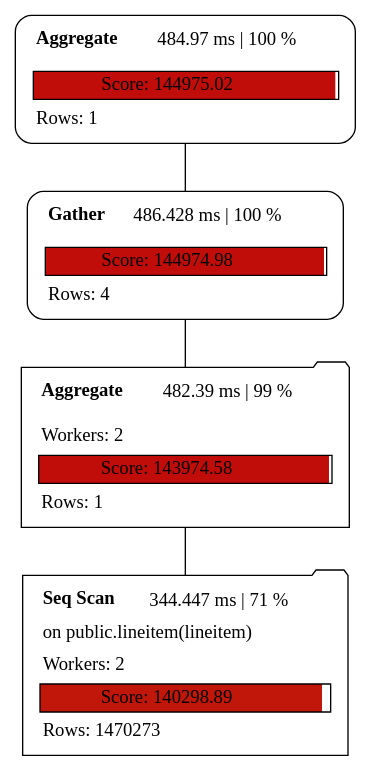
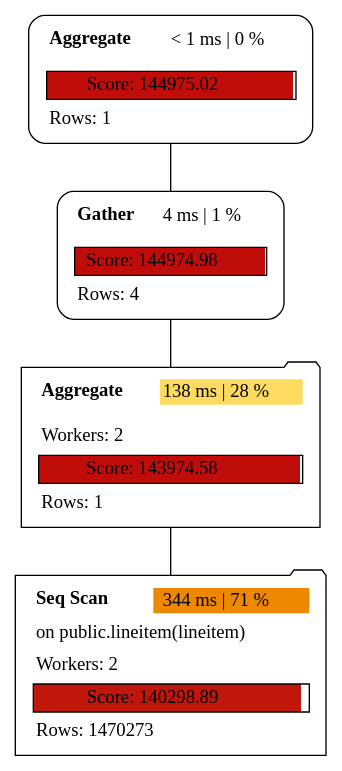
The diagram in examples/plan_parallel.dot (sanpii/explain), drawn with Graphviz before and after one commit. The commit also changed 16 other files, not shown here.

```diff
--- a/examples/plan_parallel.dot
+++ b/examples/plan_parallel.dot
@@ -1,9 +1,9 @@
 graph explain {
-    node0[label=<<table border="0" cellborder="0" cellspacing="5"><tr><td align="left"><b>Aggregate</b></td><td>484.97 ms | 100 %</td></tr><tr><td colspan="2" align="left"></td></tr><tr><td colspan="2" border="1" bgcolor="#c10d0a;0.99:white">Score: 144975.02</td></tr><tr><td colspan="2" align="left">Rows: 1</td></tr></table>>][style="rounded"][shape="box"];
-    node1[label=<<table border="0" cellborder="0" cellspacing="5"><tr><td align="left"><b>Gather</b></td><td>486.428 ms | 100 %</td></tr><tr><td colspan="2" align="left"></td></tr><tr><td colspan="2" border="1" bgcolor="#c10d0a;0.99:white">Score: 144974.98</td></tr><tr><td colspan="2" align="left">Rows: 4</td></tr></table>>][style="rounded"][shape="box"];
-    node2[label=<<table border="0" cellborder="0" cellspacing="5"><tr><td align="left"><b>Aggregate</b></td><td>482.39 ms | 99 %</td></tr><tr><td colspan="2" align="left"></td></tr><tr><td colspan="2" align="left">Workers: 2</td></tr><tr><td colspan="2" border="1" bgcolor="#c10d0a;0.99:white">Score: 143974.58</td></tr><tr><td colspan="2" align="left">Rows: 1</td></tr></table>>][style="rounded"][shape="folder"];
-    node3[label=<<table border="0" cellborder="0" cellspacing="5"><tr><td align="left"><b>Seq Scan</b></td><td>344.447 ms | 71 %</td></tr><tr><td colspan="2" align="left">on public.lineitem(lineitem)</td></tr><tr><td colspan="2" align="left">Workers: 2</td></tr><tr><td colspan="2" border="1" bgcolor="#c1160a;0.97:white">Score: 140298.89</td></tr><tr><td colspan="2" align="left">Rows: 1470273</td></tr></table>>][style="rounded"][shape="folder"];
+    node0[label=<<table border="0" cellborder="0" cellspacing="5"><tr><td align="left"><b>Aggregate</b></td><td>&lt; 1 ms | 0 %</td></tr><tr><td colspan="2" align="left"></td></tr><tr><td colspan="2" border="1" bgcolor="#c10d0a;0.99:white">Score: 144975.02</td></tr><tr><td colspan="2" align="left">Rows: 1</td></tr></table>>][style="rounded"][shape="box"];
+    node1[label=<<table border="0" cellborder="0" cellspacing="5"><tr><td align="left"><b>Gather</b></td><td bgcolor="white">4 ms | 1 %</td></tr><tr><td colspan="2" align="left"></td></tr><tr><td colspan="2" border="1" bgcolor="#c10d0a;0.99:white">Score: 144974.98</td></tr><tr><td colspan="2" align="left">Rows: 4</td></tr></table>>][style="rounded"][shape="box"];
+    node2[label=<<table border="0" cellborder="0" cellspacing="5"><tr><td align="left"><b>Aggregate</b></td><td bgcolor="#fddb61">138 ms | 28 %</td></tr><tr><td colspan="2" align="left"></td></tr><tr><td colspan="2" align="left">Workers: 2</td></tr><tr><td colspan="2" border="1" bgcolor="#c10d0a;0.99:white">Score: 143974.58</td></tr><tr><td colspan="2" align="left">Rows: 1</td></tr></table>>][style="rounded"][shape="folder"];
+    node3[label=<<table border="0" cellborder="0" cellspacing="5"><tr><td align="left"><b>Seq Scan</b></td><td bgcolor="#ee8800">344 ms | 71 %</td></tr><tr><td colspan="2" align="left">on public.lineitem(lineitem)</td></tr><tr><td colspan="2" align="left">Workers: 2</td></tr><tr><td colspan="2" border="1" bgcolor="#c1160a;0.97:white">Score: 140298.89</td></tr><tr><td colspan="2" align="left">Rows: 1470273</td></tr></table>>][style="rounded"][shape="folder"];
     node0 -- node1[label=""];
     node1 -- node2[label=""];
     node2 -- node3[label=""];
 }
```
